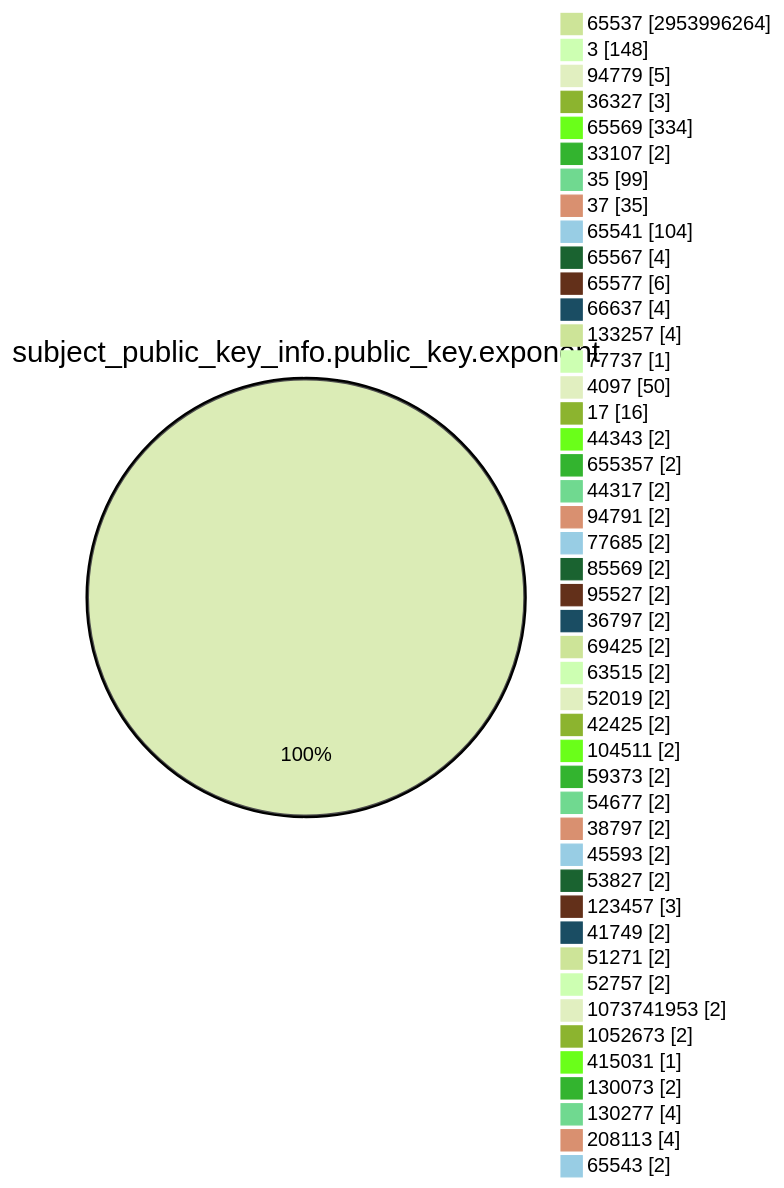
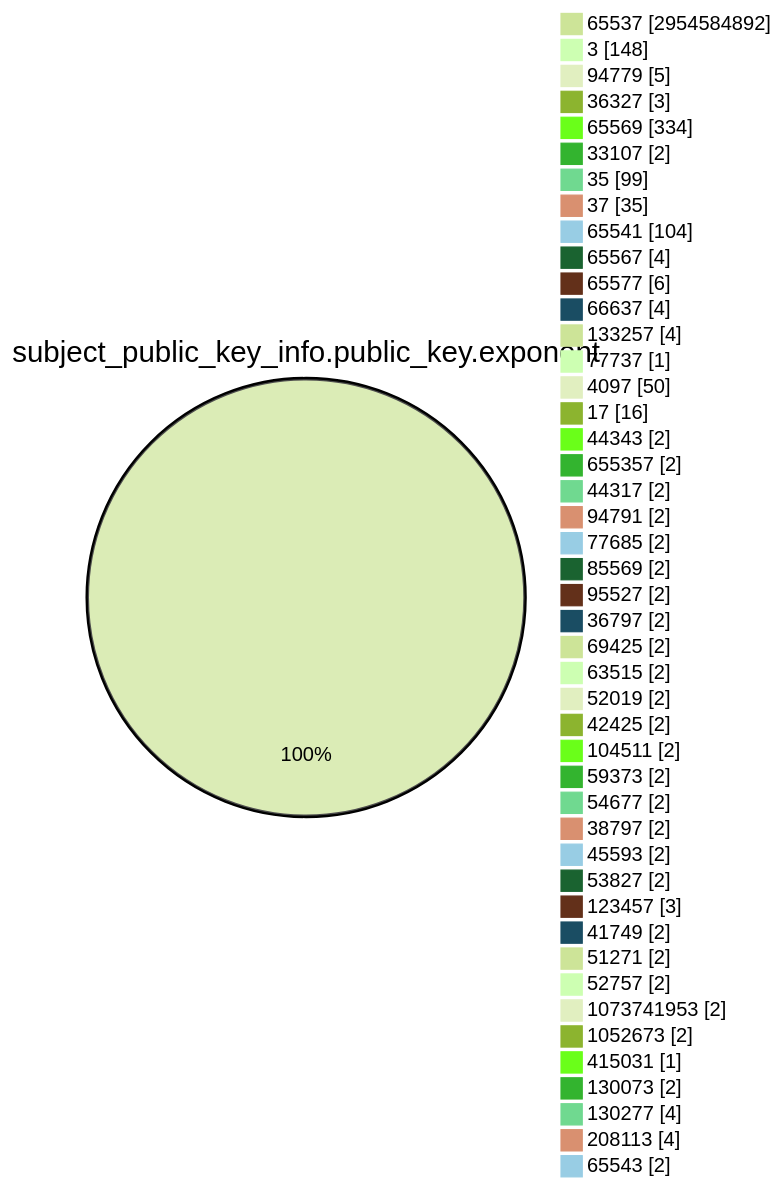
One commit to christiankrug/ctmonitor_visualization changed the fourth of 15 diagrams in TOTAL/README.md. Above: the diagram before and after it, drawn with Mermaid (forest theme). The commit also changed other lines of this file, not shown here.

````diff
--- a/TOTAL/README.md
+++ b/TOTAL/README.md
@@ -1471,49 +1471,49 @@
 ```mermaid
 pie showData
 title subject_public_key_info.public_key.exponent
-"65537" :2953996264
+"65537" :2954584892
 "3" :148
 "94779" :5
 "36327" :3
 "65569" :334
 "33107" :2
 "35" :99
 "37" :35
 "65541" :104
 "65567" :4
 "65577" :6
 "66637" :4
 "133257" :4
 "77737" :1
 "4097" :50
 "17" :16
 "44343" :2
 "655357" :2
 "44317" :2
 "94791" :2
 "77685" :2
 "85569" :2
 "95527" :2
 "36797" :2
 "69425" :2
 "63515" :2
 "52019" :2
 "42425" :2
 "104511" :2
 "59373" :2
 "54677" :2
 "38797" :2
 "45593" :2
 "53827" :2
 "123457" :3
 "41749" :2
 "51271" :2
 "52757" :2
 "1073741953" :2
 "1052673" :2
 "415031" :1
 "130073" :2
 "130277" :4
 "208113" :4
 "65543" :2
 ```
````
